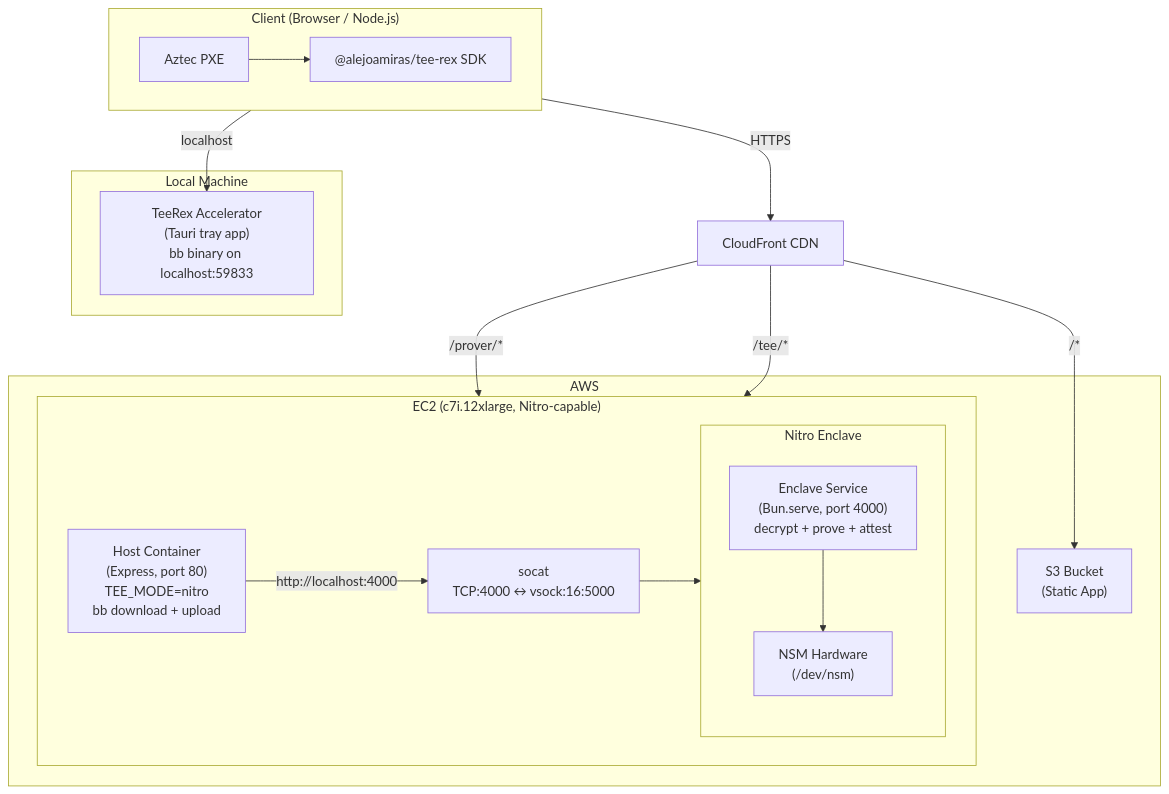
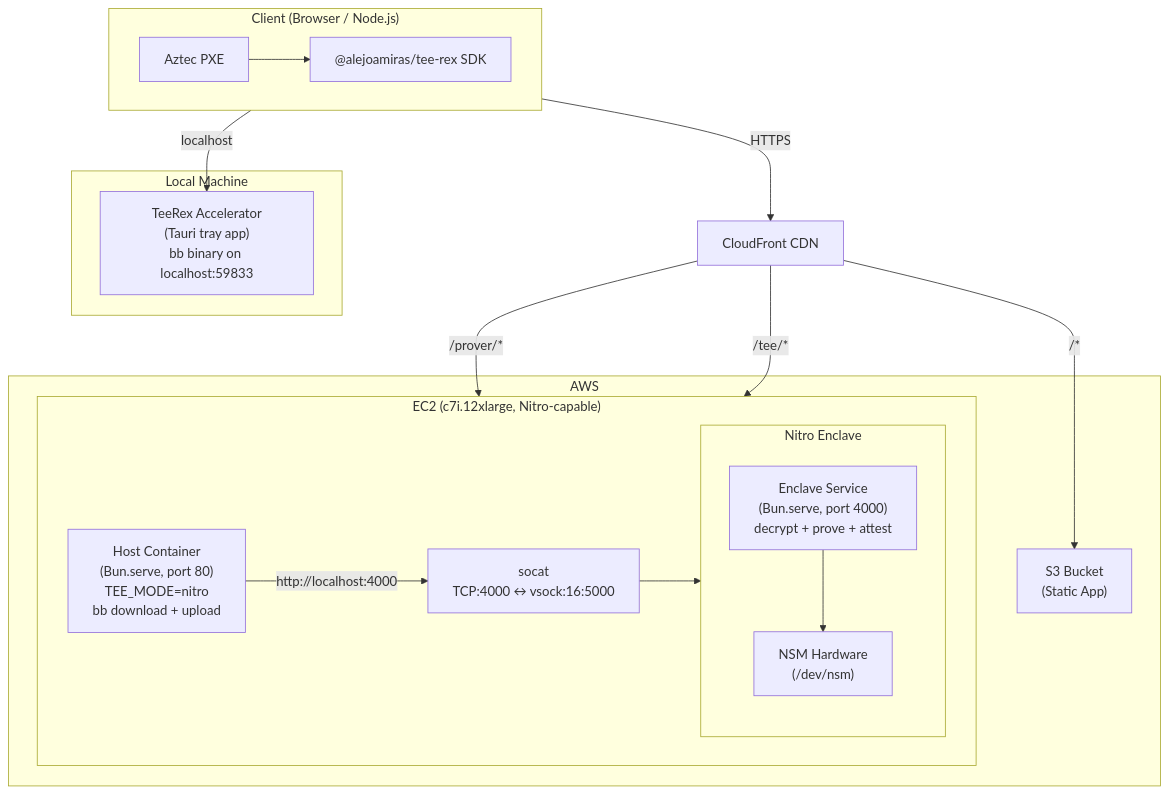
The first of 4 diagrams in docs/architecture.md (alejoamiras/tee-rex), drawn with Mermaid before and after one commit. The commit also changed other lines of this file and 16 other files, not shown here.

First line of the commit message:
refactor(server): migrate host from Express to Bun.serve

````diff
--- a/docs/architecture.md
+++ b/docs/architecture.md
@@ -7,36 +7,36 @@
 ```mermaid
 graph TB
   subgraph Client["Client (Browser / Node.js)"]
     PXE["Aztec PXE"]
     SDK["@alejoamiras/tee-rex SDK"]
     PXE --> SDK
   end
 
   subgraph Local["Local Machine"]
     Accelerator["TeeRex Accelerator<br/>(Tauri tray app)<br/>bb binary on localhost:59833"]
   end
 
   CF["CloudFront CDN"]
 
   subgraph AWS["AWS"]
     S3["S3 Bucket<br/>(Static App)"]
 
     subgraph EC2["EC2 (c7i.12xlarge, Nitro-capable)"]
-      Host["Host Container<br/>(Express, port 80)<br/>TEE_MODE=nitro<br/>bb download + upload"]
+      Host["Host Container<br/>(Bun.serve, port 80)<br/>TEE_MODE=nitro<br/>bb download + upload"]
       Socat["socat<br/>TCP:4000 ↔ vsock:16:5000"]
       subgraph Enclave["Nitro Enclave"]
         EnclaveServer["Enclave Service<br/>(Bun.serve, port 4000)<br/>decrypt + prove + attest"]
         NSM["NSM Hardware<br/>(/dev/nsm)"]
         EnclaveServer --> NSM
       end
       Host -->|"http://localhost:4000"| Socat
       Socat --> Enclave
     end
   end
 
   Client -->|"localhost"| Accelerator
   Client -->|"HTTPS"| CF
   CF -->|"/*"| S3
   CF -->|"/prover/*"| EC2
   CF -->|"/tee/*"| EC2
 ```
````
